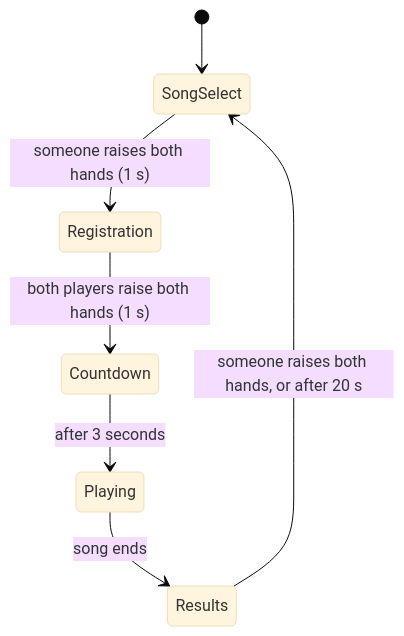
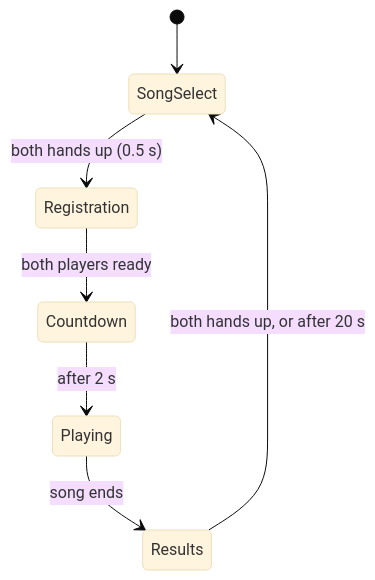
The diagram in docs/game_structure.md (BonusBolus/IPCV---Just-Dance---Group-38), drawn with Mermaid (base theme) before and after one commit. The commit also changed other lines of this file and 18 other files, not shown here.

````diff
--- a/docs/game_structure.md
+++ b/docs/game_structure.md
@@ -18,9 +12,9 @@
 ```mermaid
 stateDiagram-v2
     [*] --> SongSelect
-    SongSelect --> Registration: someone raises both hands (1 s)
-    Registration --> Countdown: both players raise both hands (1 s)
-    Countdown --> Playing: after 3 seconds
+    SongSelect --> Registration: both hands up (0.5 s)
+    Registration --> Countdown: both players ready
+    Countdown --> Playing: after 2 s
     Playing --> Results: song ends
-    Results --> SongSelect: someone raises both hands, or after 20 s
+    Results --> SongSelect: both hands up, or after 20 s
 ```
````
